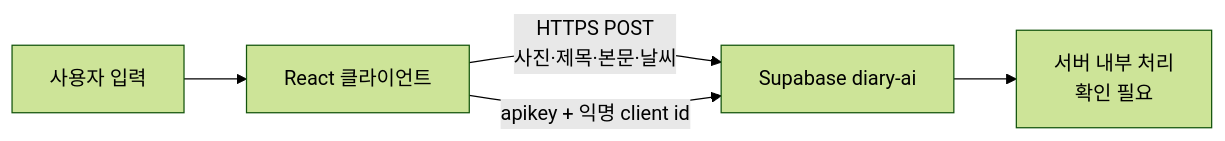
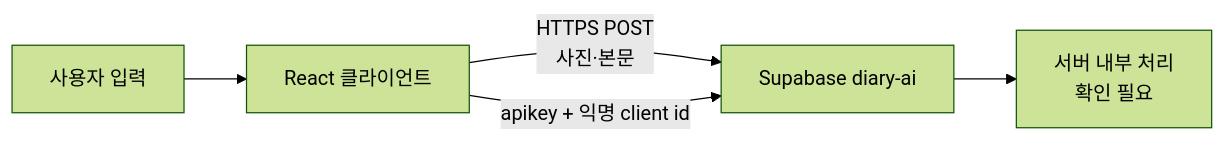
One commit to SummerVacationDiaryTMD/Summer_Vacation_Diary changed the diagram in docs/security.md. Above: the diagram before and after it, drawn with Mermaid (forest theme). The commit also changed other lines of this file and 5 other files, not shown here.

````diff
--- a/docs/security.md
+++ b/docs/security.md
@@ -42,7 +42,7 @@
 ```mermaid
 flowchart LR
     User["사용자 입력"] --> Client["React 클라이언트"]
-    Client -->|HTTPS POST<br/>사진·제목·본문·날씨| Edge["Supabase diary-ai"]
+    Client -->|HTTPS POST<br/>사진·본문| Edge["Supabase diary-ai"]
     Client -->|apikey + 익명 client id| Edge
     Edge --> Unknown["서버 내부 처리<br/>확인 필요"]
 ```
````
